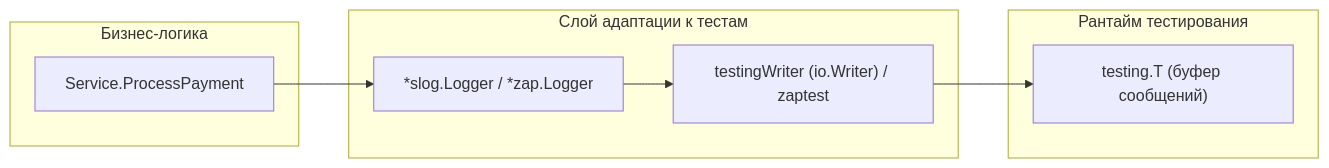
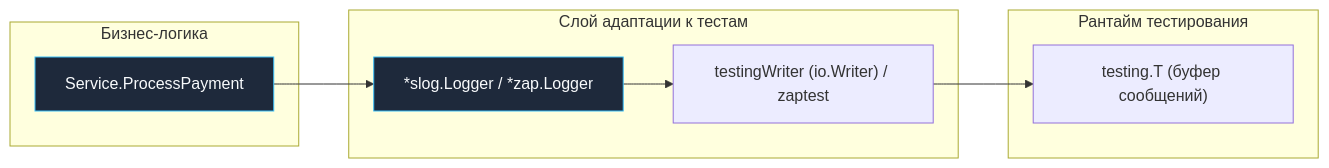
One commit to UnrealTemplier/go-textbook changed the second of 2 diagrams in sources/15. Тестирование в Go (QA & Testing)/10. Практика и CI/9. Логирование в тестах.md. Above: the diagram before and after it, drawn with Mermaid. The commit also changed 1666 other files, not shown here.

First line of the commit message:
feat(mermaid): add semantic color classDef to 1369 colorless flowchart/graph diagrams

````diff
--- a/sources/15. Тестирование в Go (QA & Testing)/10. Практика и CI/9. Логирование в тестах.md
+++ b/sources/15. Тестирование в Go (QA & Testing)/10. Практика и CI/9. Логирование в тестах.md
@@ -67,14 +67,24 @@
 ```mermaid
 flowchart LR
+    classDef process  fill:#1e293b,stroke:#38bdf8,stroke-width:1px,color:#f8fafc
+    classDef success  fill:#064e3b,stroke:#34d399,stroke-width:1px,color:#f8fafc
+    classDef error    fill:#7f1d1d,stroke:#f87171,stroke-width:1px,color:#f8fafc
+    classDef warning  fill:#78350f,stroke:#fbbf24,stroke-width:1px,color:#f8fafc
+    classDef entry    fill:#1e3a5f,stroke:#38bdf8,stroke-width:2px,color:#f8fafc
+    classDef aux      fill:#334155,stroke:#64748b,stroke-width:1px,color:#f8fafc
+    classDef system   fill:#312e81,stroke:#a78bfa,stroke-width:1px,color:#f8fafc
+    classDef data     fill:#132d29,stroke:#2dd4bf,stroke-width:1px,color:#f8fafc
+    classDef network  fill:#881337,stroke:#fb7185,stroke-width:1px,color:#f8fafc
+    classDef accent   fill:#1e1b4b,stroke:#818cf8,stroke-width:1px,color:#f8fafc
     subgraph App["Бизнес-логика"]
-        S["Service.ProcessPayment"]
+        S["Service.ProcessPayment"]:::process
     end
     subgraph Adapter["Слой адаптации к тестам"]
-        SL["*slog.Logger / *zap.Logger"]
+        SL["*slog.Logger / *zap.Logger"]:::process
         TW["testingWriter (io.Writer) / zaptest"]
     end
     subgraph Runner["Рантайм тестирования"]
         TB["testing.T (буфер сообщений)"]
     end
     S --> SL --> TW --> TB
 ```
````
